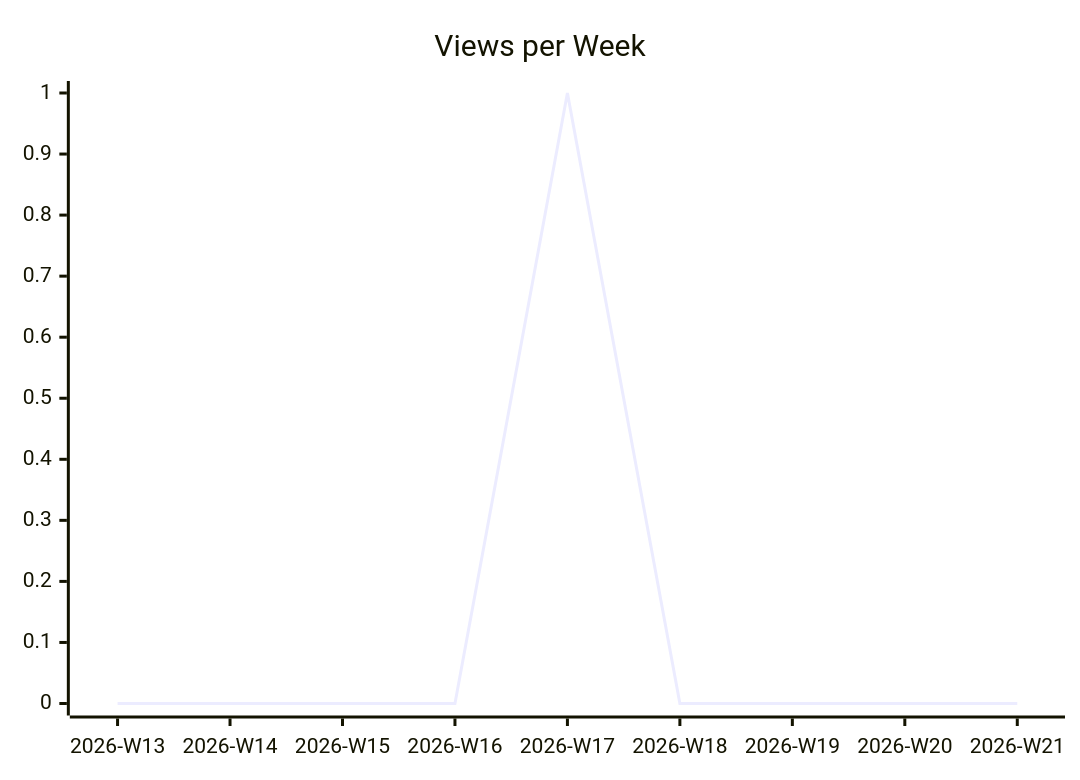
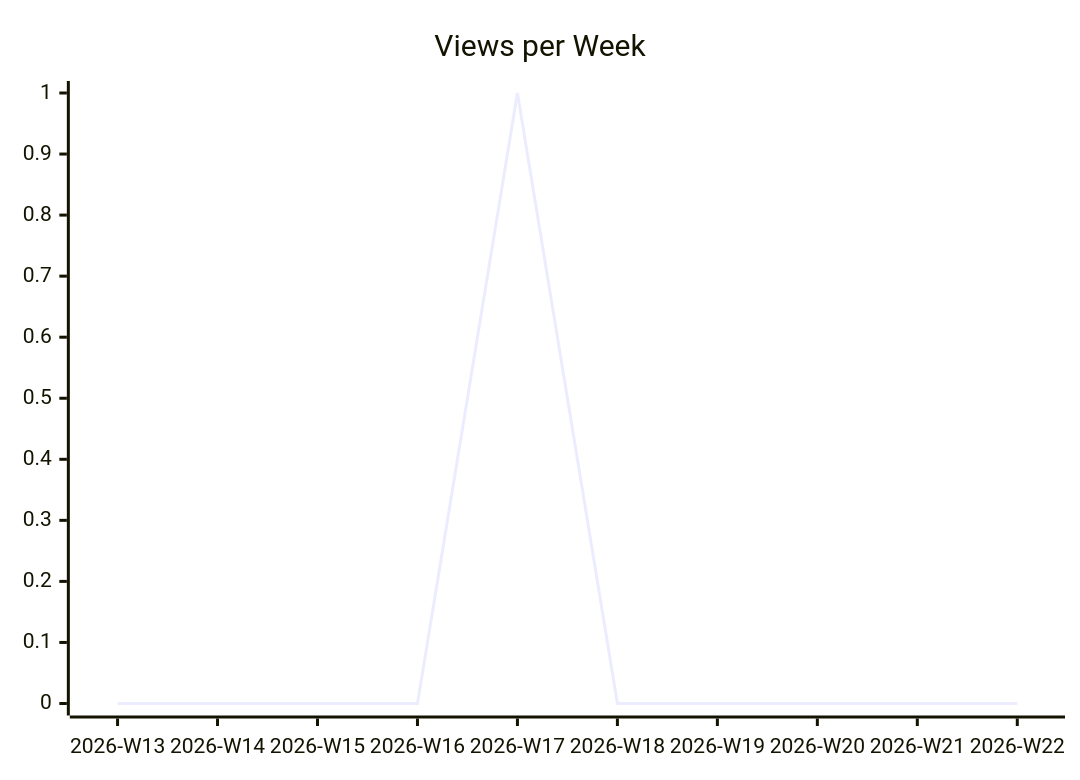
One commit to justdavis-family/github-analytics-data changed the second of 3 diagrams in karlmdavis/ansible-role-rcm-dotfiles/README.md. Above: the diagram before and after it, drawn with Mermaid. The commit also changed other lines of this file and 190 other files, not shown here.

````diff
--- a/karlmdavis/ansible-role-rcm-dotfiles/README.md
+++ b/karlmdavis/ansible-role-rcm-dotfiles/README.md
@@ -12,6 +12,6 @@
 ```mermaid
 xychart-beta
   title "Views per Week"
-  x-axis ["2026-W13", "2026-W14", "2026-W15", "2026-W16", "2026-W17", "2026-W18", "2026-W19", "2026-W20", "2026-W21"]
-  line [0, 0, 0, 0, 1, 0, 0, 0, 0]
+  x-axis ["2026-W13", "2026-W14", "2026-W15", "2026-W16", "2026-W17", "2026-W18", "2026-W19", "2026-W20", "2026-W21", "2026-W22"]
+  line [0, 0, 0, 0, 1, 0, 0, 0, 0, 0]
 ```
````
